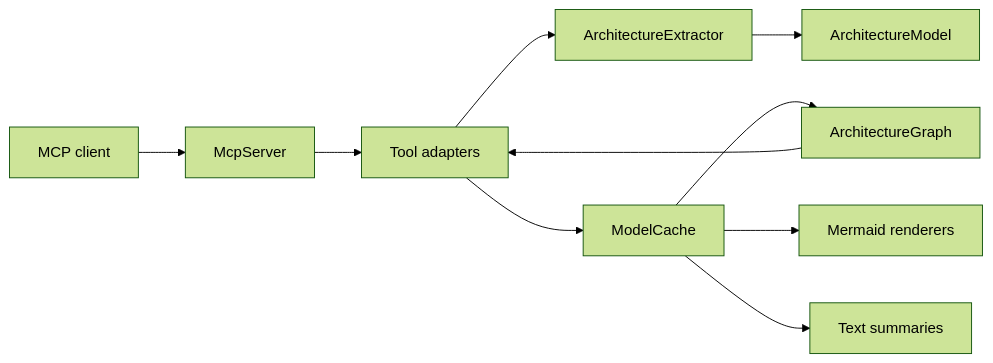
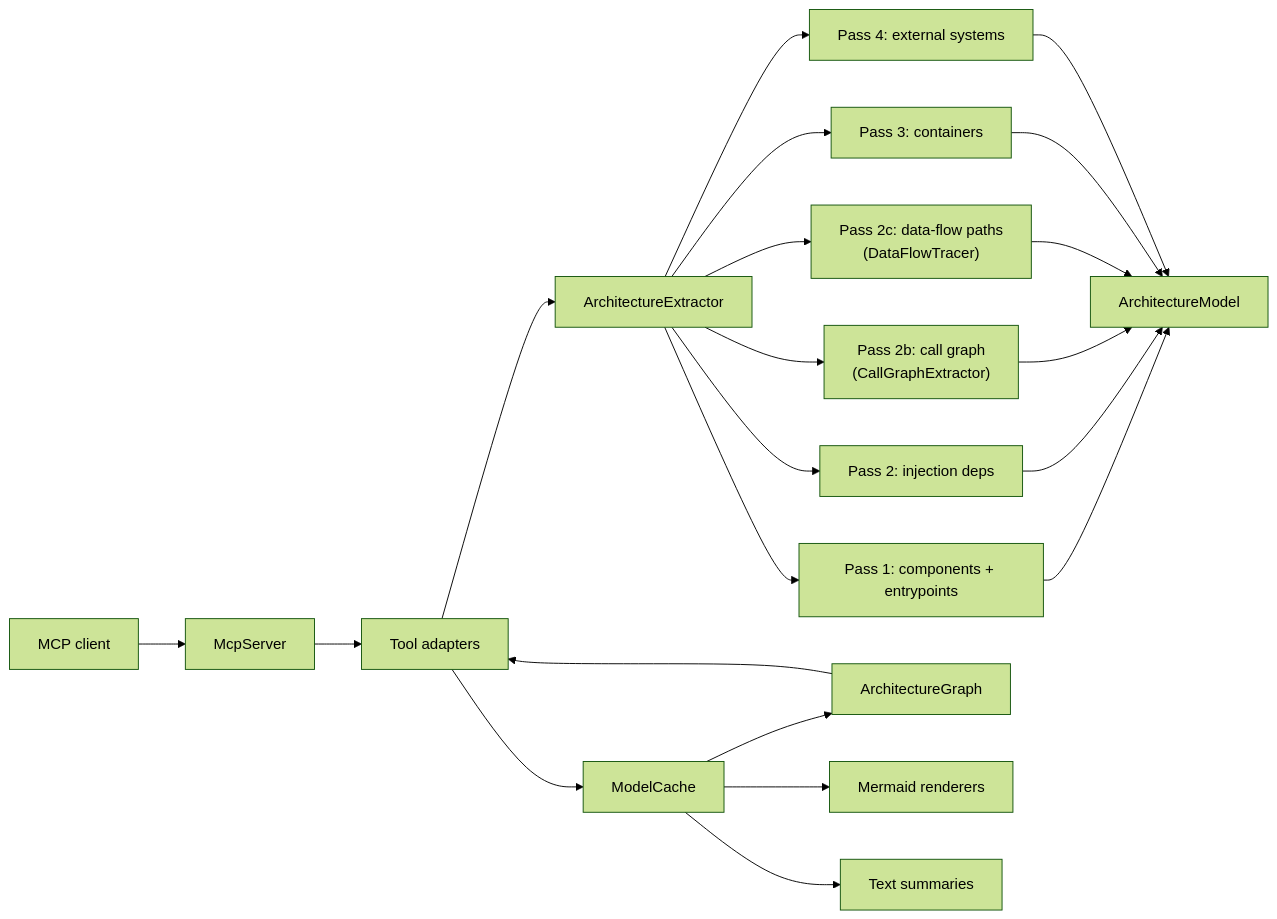
One commit to DerPate/archlens changed the diagram in docs/ARCHITECTURE.md. Above: the diagram before and after it, drawn with Mermaid (forest theme). The commit also changed other lines of this file and 2 other files, not shown here.

````diff
--- a/docs/ARCHITECTURE.md
+++ b/docs/ARCHITECTURE.md
@@ -72,12 +216,18 @@
 ```mermaid
 flowchart LR
     Client["MCP client"] --> Server["McpServer"]
     Server --> Tools["Tool adapters"]
     Tools --> Extractor["ArchitectureExtractor"]
-    Extractor --> Model["ArchitectureModel"]
+    Extractor --> P1["Pass 1: components + entrypoints"]
+    Extractor --> P2["Pass 2: injection deps"]
+    Extractor --> P2b["Pass 2b: call graph\n(CallGraphExtractor)"]
+    Extractor --> P2c["Pass 2c: data-flow paths\n(DataFlowTracer)"]
+    Extractor --> P3["Pass 3: containers"]
+    Extractor --> P4["Pass 4: external systems"]
+    P1 & P2 & P2b & P2c & P3 & P4 --> Model["ArchitectureModel"]
     Tools --> Cache["ModelCache"]
     Cache --> Graph["ArchitectureGraph"]
     Cache --> Renderers["Mermaid renderers"]
     Cache --> Explain["Text summaries"]
     Graph --> Tools
 ```
````
